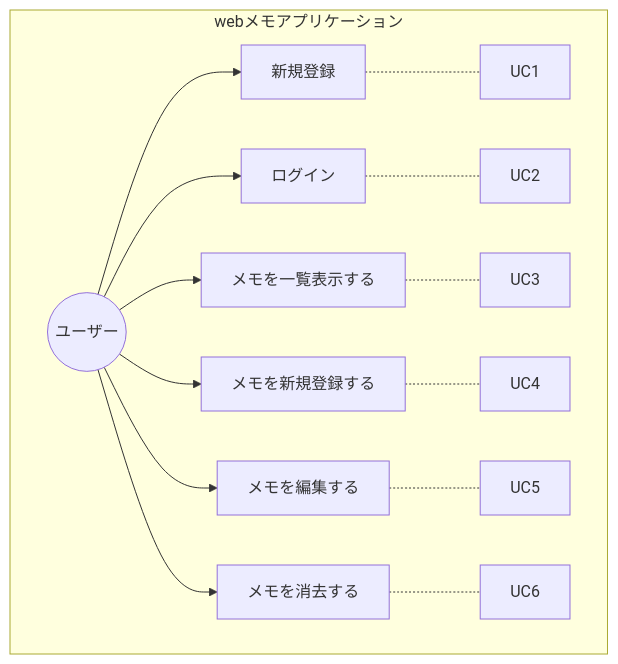
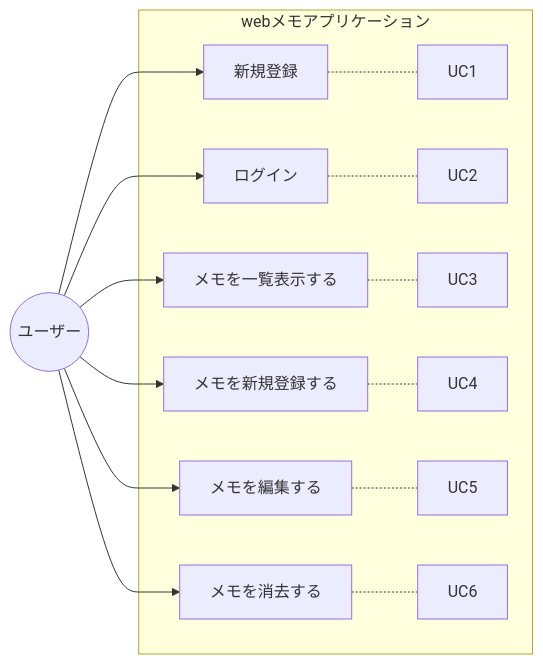
The diagram in ユースケース図.md (sasaoka-sasami/python-memoapp), drawn with Mermaid before and after one commit.

Commit message:
ユーザーをサブグラフの外へ配置

````diff
--- a/ユースケース図.md
+++ b/ユースケース図.md
@@ -1,20 +1,30 @@
 ```mermaid
-flowchart TB
+flowchart LR
+
+    User((ユーザー))
+
     subgraph "webメモアプリケーション"
-        User((ユーザー))
+    
         AddUser[新規登録]
         Login[ログイン]
         ShowData[メモを一覧表示する]
         AddData[メモを新規登録する]
         EditData[メモを編集する]
         DeleteData[メモを消去する]
-    
 
-        User --> AddUser -.- UC1
-        User --> Login -.- UC2 
-        User --> ShowData -.- UC3
-        User --> AddData -.- UC4
-        User --> EditData -.- UC5
-        User --> DeleteData -.- UC6
+        AddUser -.- UC1
+        Login -.- UC2 
+        ShowData -.- UC3
+        AddData -.- UC4
+        EditData -.- UC5
+        DeleteData -.- UC6
+
     end
+
+    User --> AddUser
+    User --> Login
+    User --> ShowData
+    User --> AddData
+    User --> EditData
+    User --> DeleteData
 ```
````
